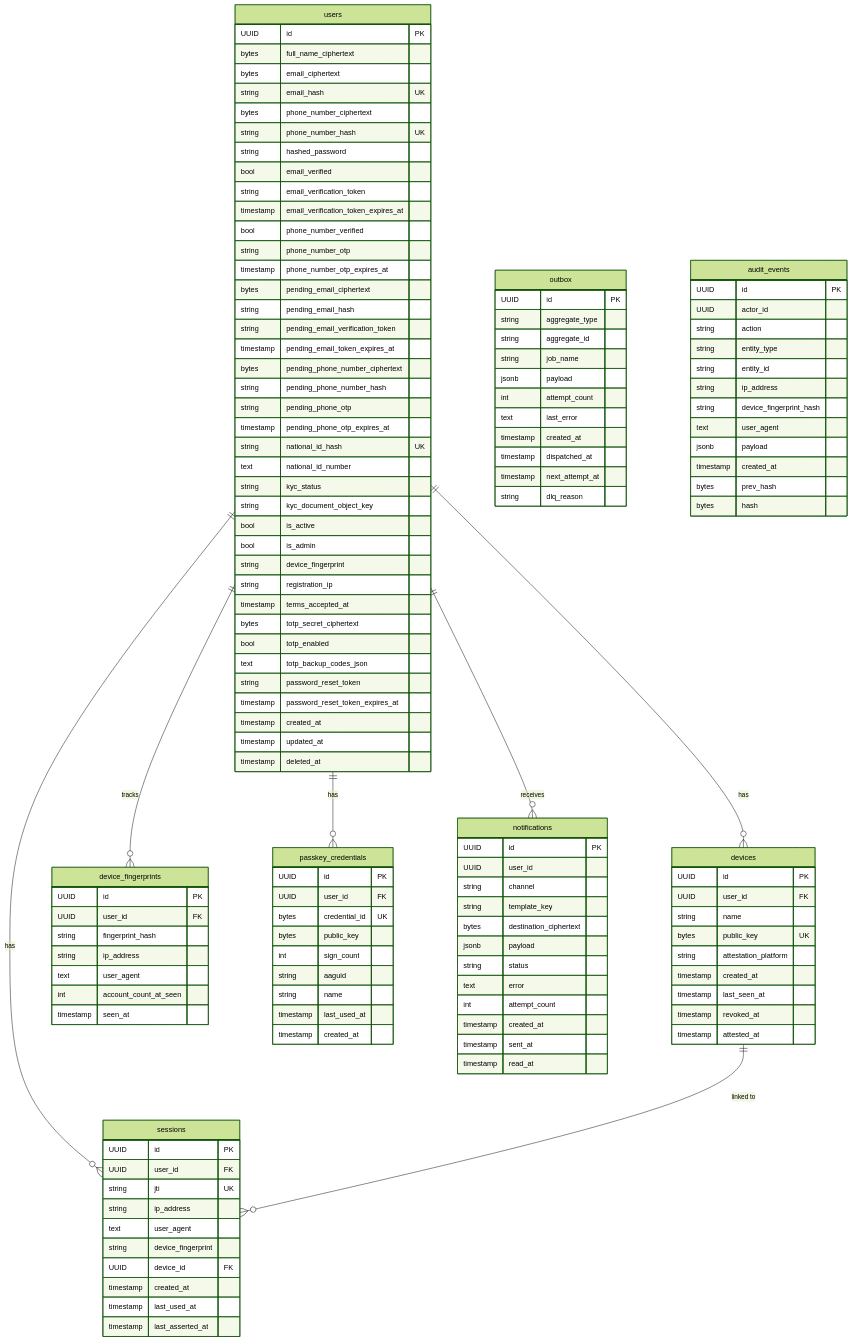
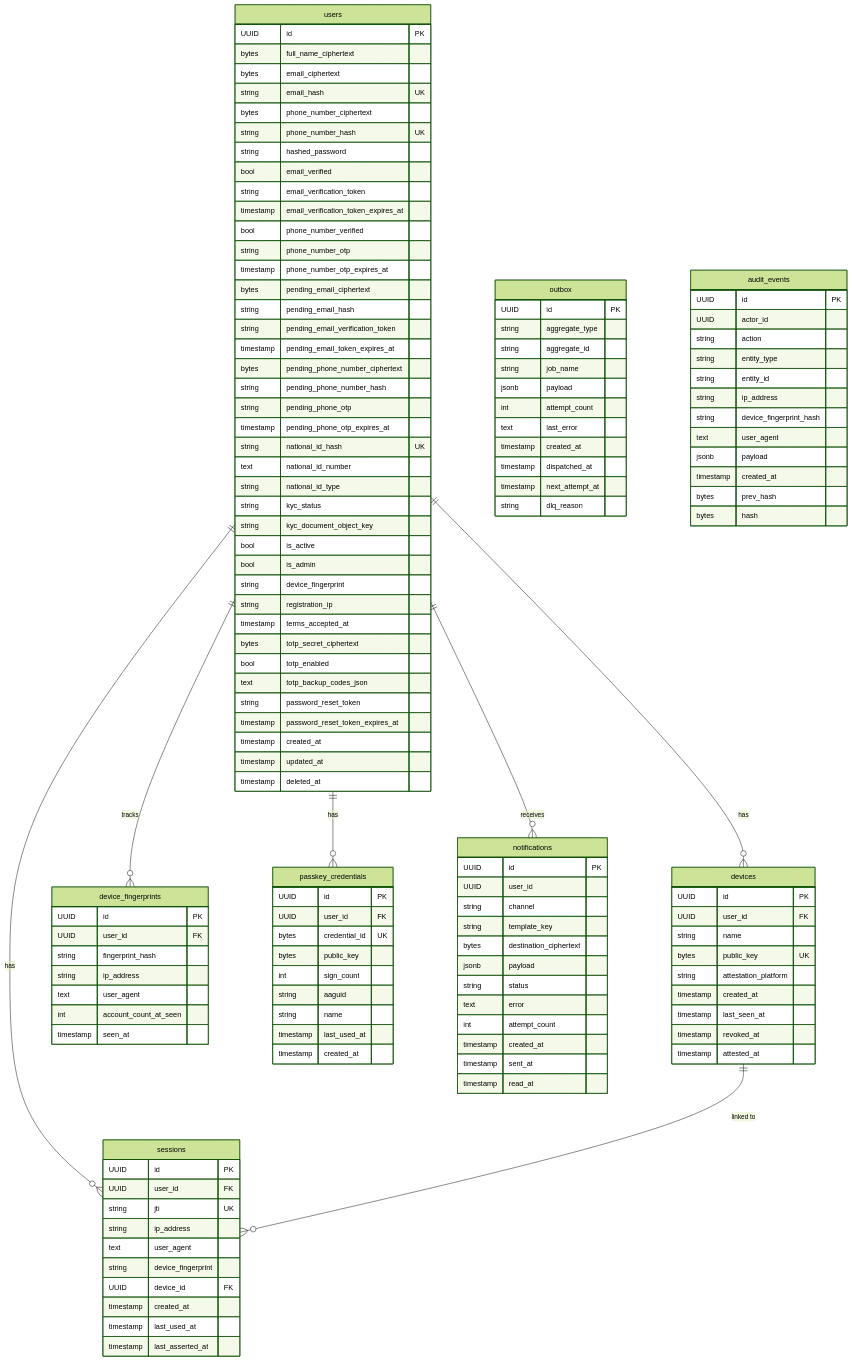
One commit to cristiangilsanz/qrew changed the diagram in docs/architecture/apps/api/services/identity/schema.md. Above: the diagram before and after it, drawn with Mermaid (forest theme). The commit also changed 11 other files, not shown here.

First line of the commit message:
docs: bring the architecture notes back in line with the code

```diff
--- a/docs/architecture/apps/api/services/identity/schema.md
+++ b/docs/architecture/apps/api/services/identity/schema.md
@@ -26,6 +26,7 @@
         timestamp pending_phone_otp_expires_at
         string national_id_hash UK
         text national_id_number
+        string national_id_type
         string kyc_status
         string kyc_document_object_key
         bool is_active
```
